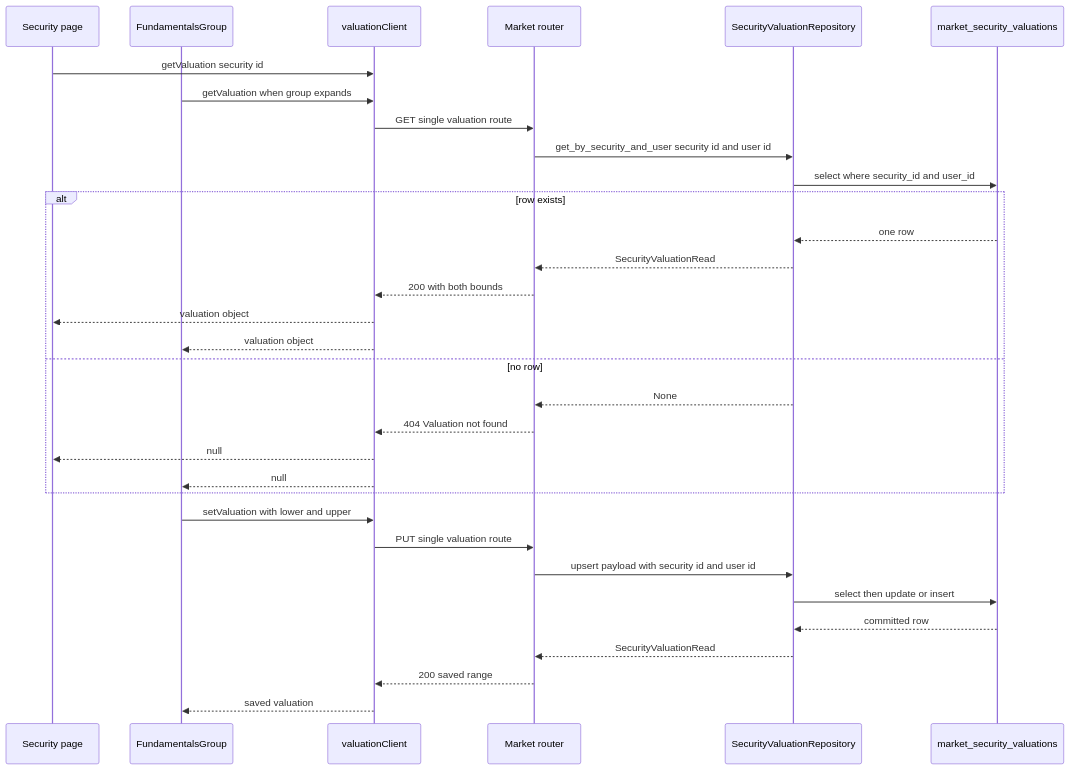
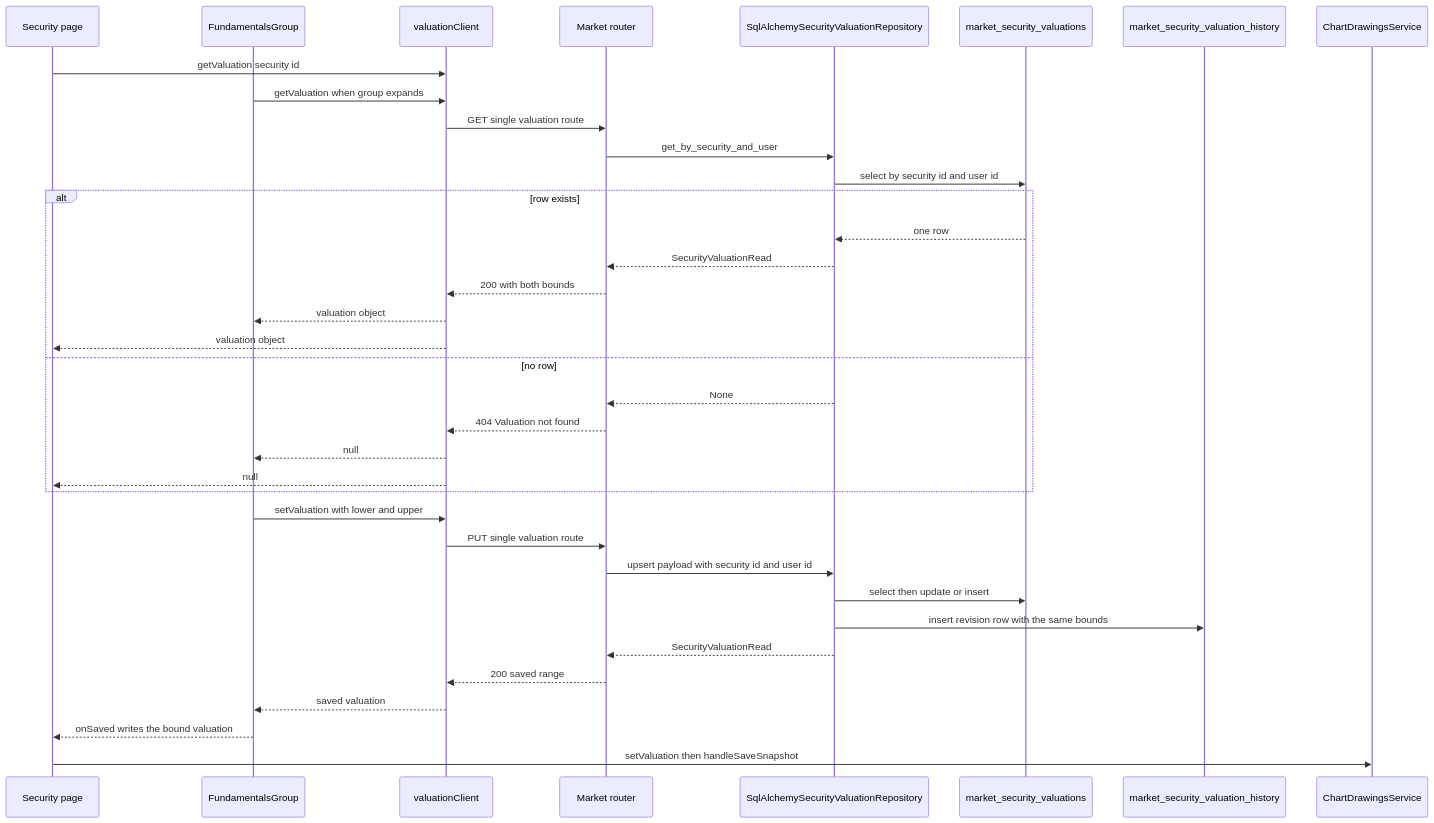
The second of 3 diagrams in openwiki/concepts/security-valuation.md (havekes/retail-portfolio), drawn with Mermaid before and after one commit. The commit also changed other lines of this file and 26 other files, not shown here.

````diff
--- a/openwiki/concepts/security-valuation.md
+++ b/openwiki/concepts/security-valuation.md
@@ -191,35 +237,39 @@
 ```mermaid
 sequenceDiagram
     participant Page as Security page
     participant Group as FundamentalsGroup
     participant Client as valuationClient
     participant API as Market router
-    participant Repo as SecurityValuationRepository
-    participant DB as market_security_valuations
+    participant Repo as SqlAlchemySecurityValuationRepository
+    participant Current as market_security_valuations
+    participant Log as market_security_valuation_history
+    participant Drawings as ChartDrawingsService
 
     Page->>Client: getValuation security id
     Group->>Client: getValuation when group expands
     Client->>API: GET single valuation route
-    API->>Repo: get_by_security_and_user security id and user id
-    Repo->>DB: select where security_id and user_id
+    API->>Repo: get_by_security_and_user
+    Repo->>Current: select by security id and user id
     alt row exists
-        DB-->>Repo: one row
+        Current-->>Repo: one row
         Repo-->>API: SecurityValuationRead
         API-->>Client: 200 with both bounds
+        Client-->>Group: valuation object
         Client-->>Page: valuation object
-        Client-->>Group: valuation object
     else no row
         Repo-->>API: None
         API-->>Client: 404 Valuation not found
+        Client-->>Group: null
         Client-->>Page: null
-        Client-->>Group: null
     end
     Group->>Client: setValuation with lower and upper
     Client->>API: PUT single valuation route
     API->>Repo: upsert payload with security id and user id
-    Repo->>DB: select then update or insert
-    DB-->>Repo: committed row
+    Repo->>Current: select then update or insert
+    Repo->>Log: insert revision row with the same bounds
     Repo-->>API: SecurityValuationRead
     API-->>Client: 200 saved range
     Client-->>Group: saved valuation
+    Group-->>Page: onSaved writes the bound valuation
+    Page->>Drawings: setValuation then handleSaveSnapshot
 ```
````
